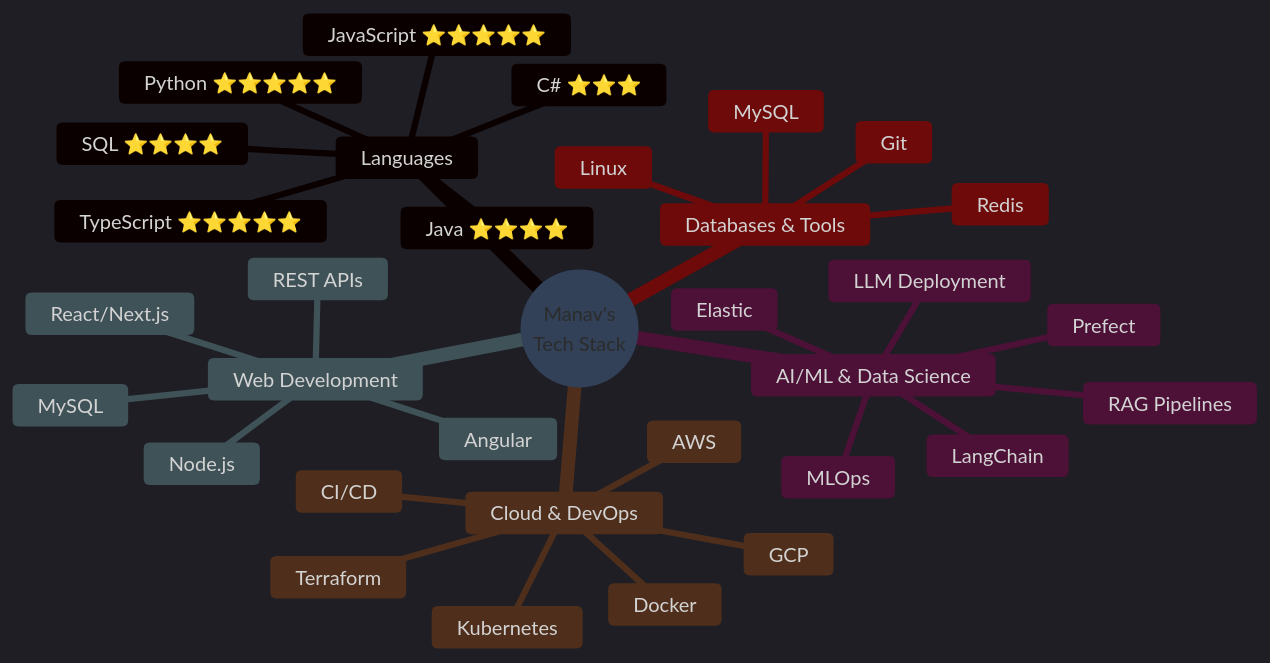
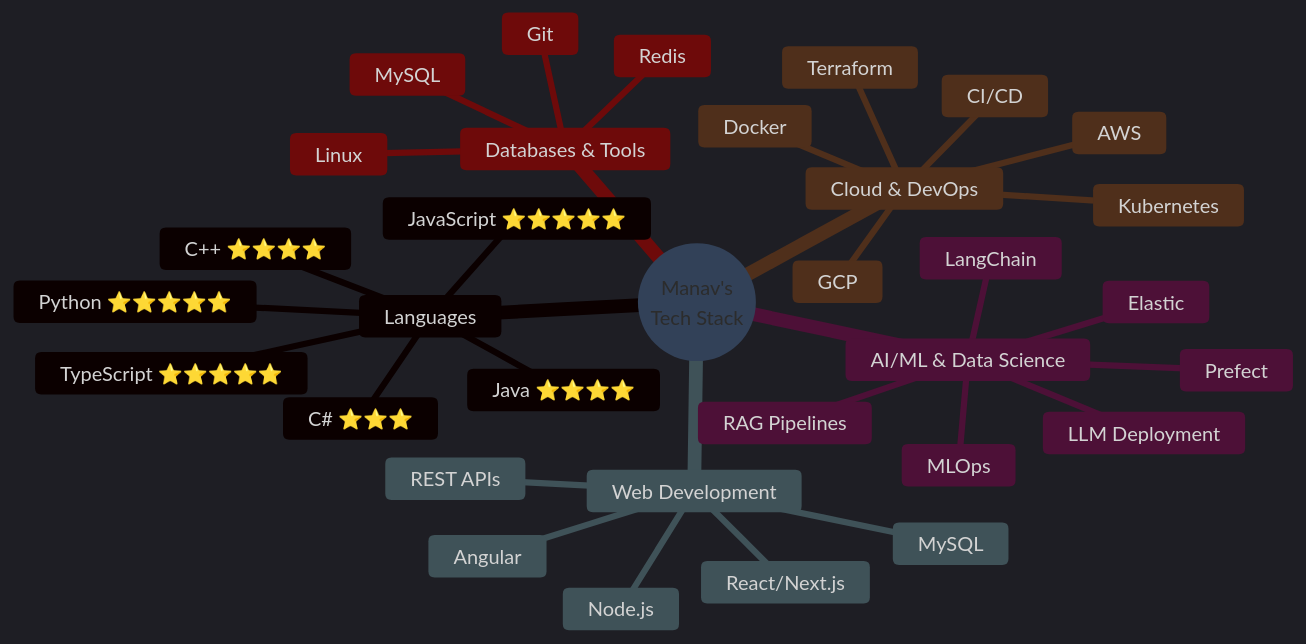
One commit to ManavX/ManavX changed the diagram in README.md. Above: the diagram before and after it, drawn with Mermaid. The commit also changed other lines of this file, not shown here.

````diff
--- a/README.md
+++ b/README.md
@@ -82,37 +82,37 @@
 ```mermaid
 %%{init: {'theme':'dark', 'themeVariables': { 'primaryColor':'#FF5722', 'primaryTextColor':'#fff', 'primaryBorderColor':'#FF6B35', 'lineColor':'#FF8C00', 'secondaryColor':'#0d1117', 'tertiaryColor':'#161b22', 'fontSize':'16px'}}}%%
 mindmap
   root((Manav's<br/>Tech Stack))
     Languages
       JavaScript ⭐⭐⭐⭐⭐
       TypeScript ⭐⭐⭐⭐⭐
       Python ⭐⭐⭐⭐⭐
       Java ⭐⭐⭐⭐
       C# ⭐⭐⭐
-      SQL ⭐⭐⭐⭐
+      C++ ⭐⭐⭐⭐
     AI/ML & Data Science
       LangChain
       Prefect
       Elastic
       RAG Pipelines
       LLM Deployment
       MLOps
     Web Development
       React/Next.js
       Node.js
       Angular
       MySQL
       REST APIs
     Cloud & DevOps
       AWS
       GCP
       Docker
       Kubernetes
       Terraform
       CI/CD
     Databases & Tools
       MySQL
       Redis
       Git
       Linux
 ```
````
